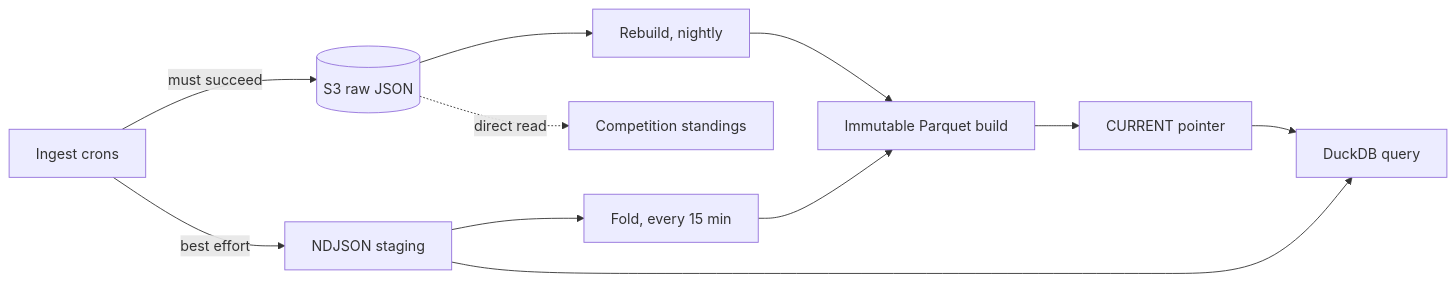
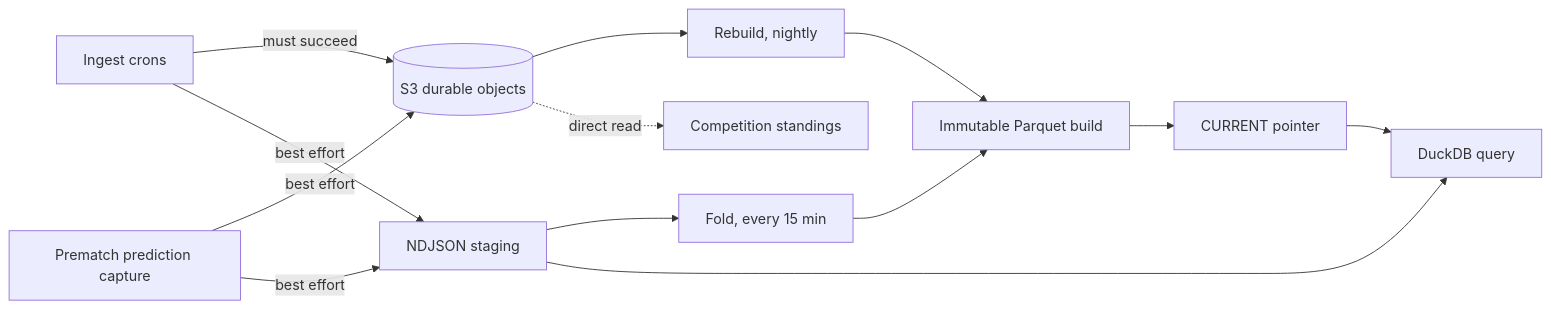
One commit to shepherdjerred/monorepo changed the first of 4 diagrams in packages/docs/wiki/src/content/docs/explanation/scout-report-lake.md. Above: the diagram before and after it, drawn with Mermaid. The commit also changed other lines of this file and 89 other files, not shown here.

````diff
--- a/packages/docs/wiki/src/content/docs/explanation/scout-report-lake.md
+++ b/packages/docs/wiki/src/content/docs/explanation/scout-report-lake.md
@@ -29,16 +29,18 @@
 ```mermaid
 flowchart LR
   accTitle: Scout report lake read and write flow
-  accDescr: Ingest crons write raw JSON to S3, which must succeed, and NDJSON staging files, which are best effort. A fold compaction every fifteen minutes and a nightly rebuild from S3 both publish immutable Parquet builds behind a CURRENT pointer. Readers union the published Parquet with the staging files, so DuckDB queries see a match seconds after ingest. Competition standings bypass the lake and read raw match JSON and leaderboard snapshots from S3 directly.
+  accDescr: Ingest crons write raw JSON to S3 and must succeed. Prematch prediction capture writes frozen observations to S3 and staging as best effort. A fold compaction every fifteen minutes and a nightly rebuild from S3 both publish immutable Parquet builds behind a CURRENT pointer. Readers union the published Parquet with the staging files, so DuckDB queries see a match seconds after ingest. Competition standings bypass the lake and read raw match JSON and leaderboard snapshots from S3 directly.
 
-  I[Ingest crons] -->|must succeed| S3[(S3 raw JSON)]
+  I[Ingest crons] -->|must succeed| S3[(S3 durable objects)]
   I -->|best effort| ST[NDJSON staging]
+  P[Prematch prediction capture] -->|best effort| S3
+  P -->|best effort| ST
   ST --> F[Fold, every 15 min]
   S3 --> R[Rebuild, nightly]
   F --> B[Immutable Parquet build]
   R --> B
   B --> C[CURRENT pointer]
   C --> D[DuckDB query]
   ST --> D
   S3 -.->|direct read| CS[Competition standings]
 ```
````
